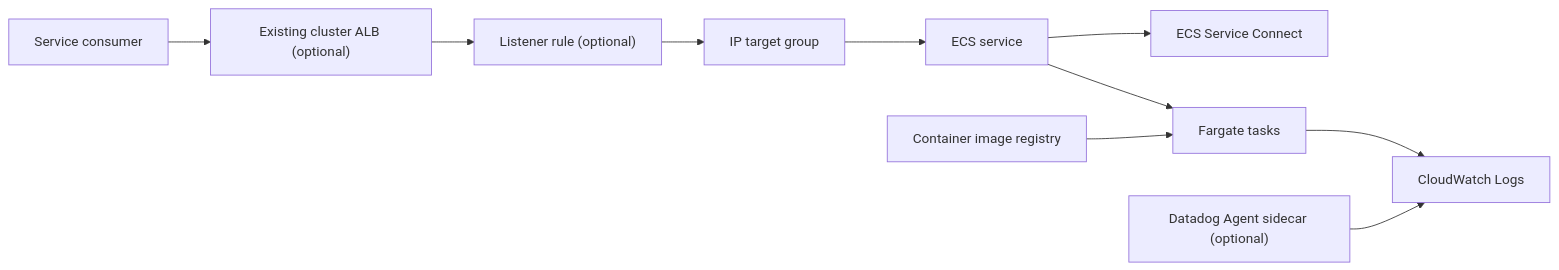
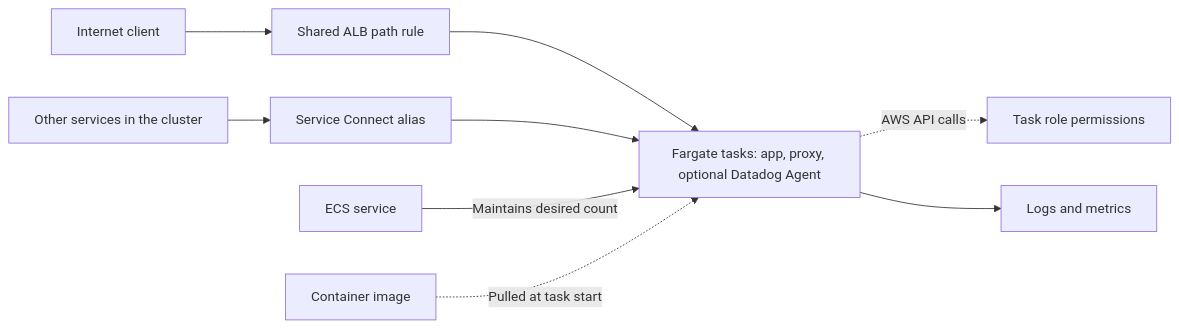
Before and after one commit to ServerlessOpsIO/backstage-aws-sam-ecs-template: the first of 6 diagrams in container/skeleton/docs/handbook/04-architecture.md, drawn with Mermaid. The commit also changed other lines of this file and 21 other files, not shown here.

````diff
--- a/container/skeleton/docs/handbook/04-architecture.md
+++ b/container/skeleton/docs/handbook/04-architecture.md
@@ -21,23 +24,21 @@
 ```mermaid
 flowchart LR
-    Client["Service consumer"]
-    ALB["Existing cluster ALB (optional)"]
-    Rule["Listener rule (optional)"]
-    Target["IP target group"]
+    Client["Internet client"]
+    Peer["Other services in the cluster"]
+    Entry["Shared ALB path rule"]
+    Discovery["Service Connect alias"]
     Service["ECS service"]
-    Tasks["Fargate tasks"]
-    Image["Container image registry"]
-    Connect["ECS Service Connect"]
-    Logs["CloudWatch Logs"]
-    Agent["Datadog Agent sidecar (optional)"]
+    Tasks["Fargate tasks: app, proxy, optional Datadog Agent"]
+    Image["Container image"]
+    Permissions["Task role permissions"]
+    Observability["Logs and metrics"]
 
-    Client --> ALB
-    ALB --> Rule
-    Rule --> Target
-    Target --> Service
-    Service --> Tasks
-    Image --> Tasks
-    Service --> Connect
-    Tasks --> Logs
-    Agent --> Logs
+    Client --> Entry
+    Peer --> Discovery
+    Entry --> Tasks
+    Discovery --> Tasks
+    Service -->|"Maintains desired count"| Tasks
+    Image -.->|"Pulled at task start"| Tasks
+    Tasks -.->|"AWS API calls"| Permissions
+    Tasks --> Observability
 ```
````
